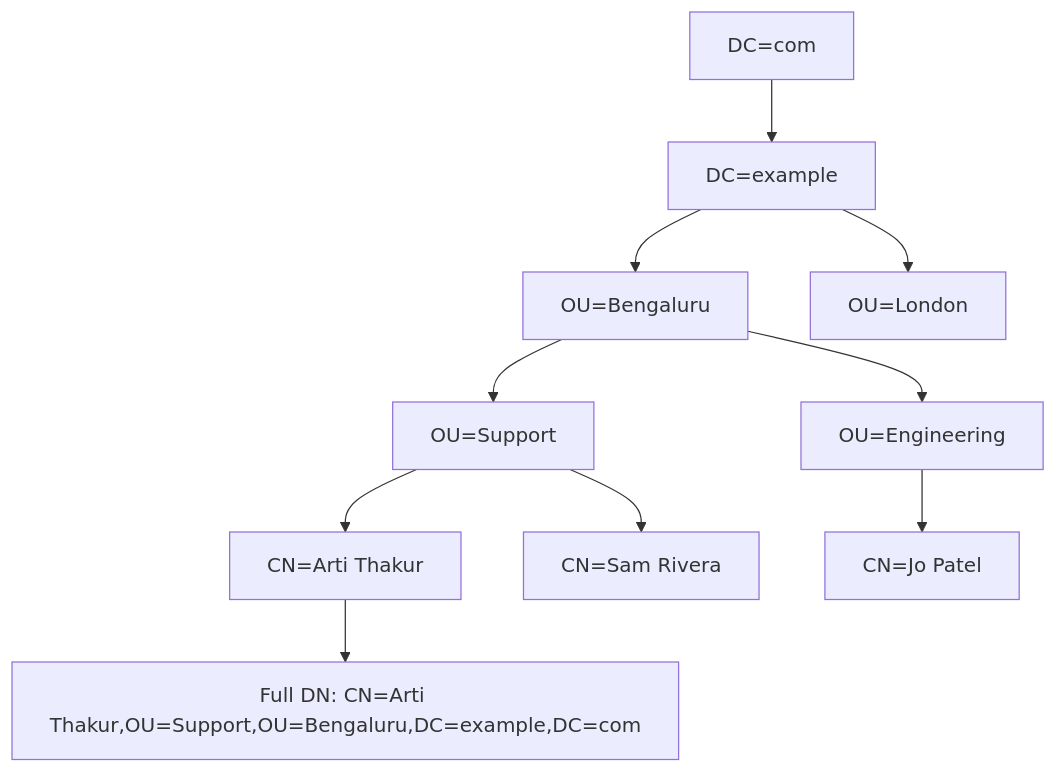
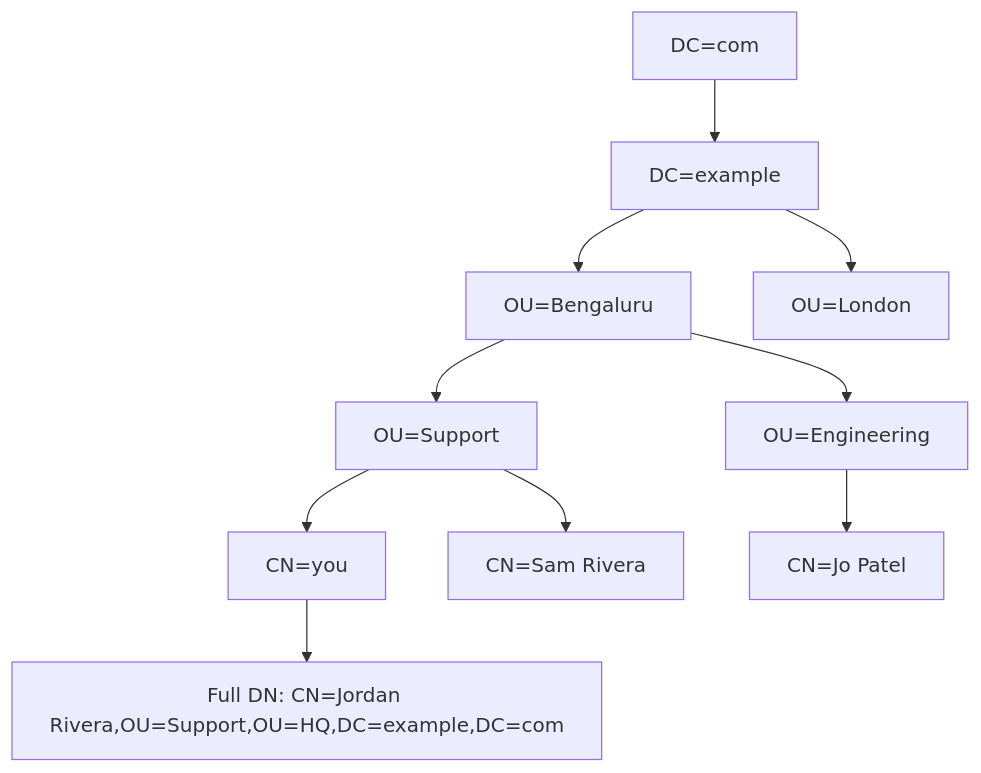
Before and after one commit to hichauhan-in/Interview-Prep: the third of 9 diagrams in Okta DSE/prep/Part-087-directory-services-from-zero-trees-dns-and-schemas.md, drawn with Mermaid. The commit also changed other lines of this file and 493 other files, not shown here.

````diff
--- a/Okta DSE/prep/Part-087-directory-services-from-zero-trees-dns-and-schemas.md
+++ b/Okta DSE/prep/Part-087-directory-services-from-zero-trees-dns-and-schemas.md
@@ -95,12 +95,12 @@
 ```mermaid
 flowchart TD
     ROOT["DC=com"] --> EX["DC=example"]
     EX --> B["OU=Bengaluru"]
     EX --> L["OU=London"]
     B --> S["OU=Support"]
     B --> E["OU=Engineering"]
-    S --> U1["CN=Arti Thakur"]
+    S --> U1["CN=you"]
     S --> U2["CN=Sam Rivera"]
     E --> U3["CN=Jo Patel"]
-    U1 --> DN["Full DN: CN=Arti Thakur,OU=Support,OU=Bengaluru,DC=example,DC=com"]
+    U1 --> DN["Full DN: CN=Jordan Rivera,OU=Support,OU=HQ,DC=example,DC=com"]
 ```
````
